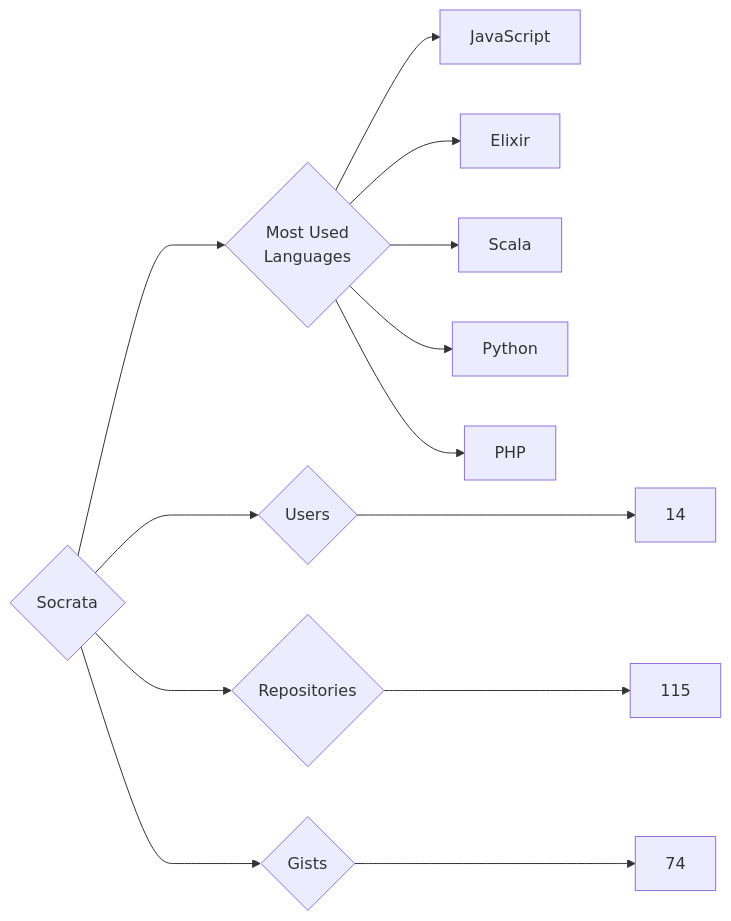
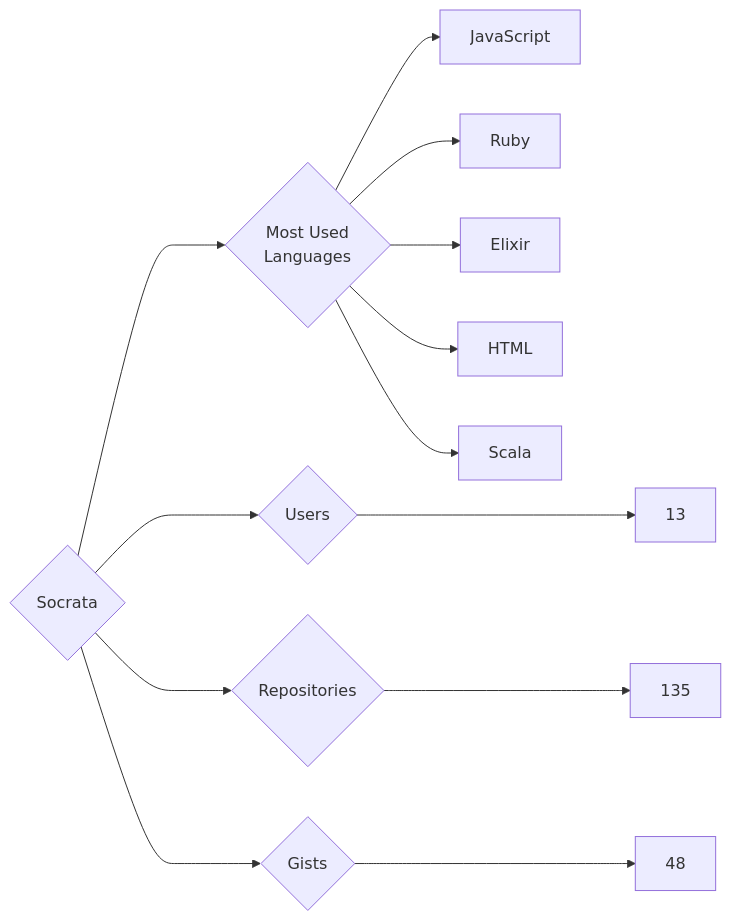
One commit to trickest/insiders changed the diagram in targets/Socrata/README.md. Above: the diagram before and after it, drawn with Mermaid. The commit also changed 1508 other files, not shown here.

````diff
--- a/targets/Socrata/README.md
+++ b/targets/Socrata/README.md
@@ -3,13 +3,13 @@
 ```mermaid
 graph LR
 COMPANY_NAME{Socrata}
-COMPANY_NAME ---> U{Users} ---> UN[14]
-COMPANY_NAME ---> R{Repositories} ---> RN[115]
-COMPANY_NAME ---> G{Gists} ---> GN[74]
+COMPANY_NAME ---> U{Users} ---> UN[13]
+COMPANY_NAME ---> R{Repositories} ---> RN[135]
+COMPANY_NAME ---> G{Gists} ---> GN[48]
 COMPANY_NAME ---> ML{Most Used<br>Languages}
 ML --> JavaScript[JavaScript]
+ML --> Ruby[Ruby]
 ML --> Elixir[Elixir]
+ML --> HTML[HTML]
 ML --> Scala[Scala]
-ML --> Python[Python]
-ML --> PHP[PHP]
 ```
````
